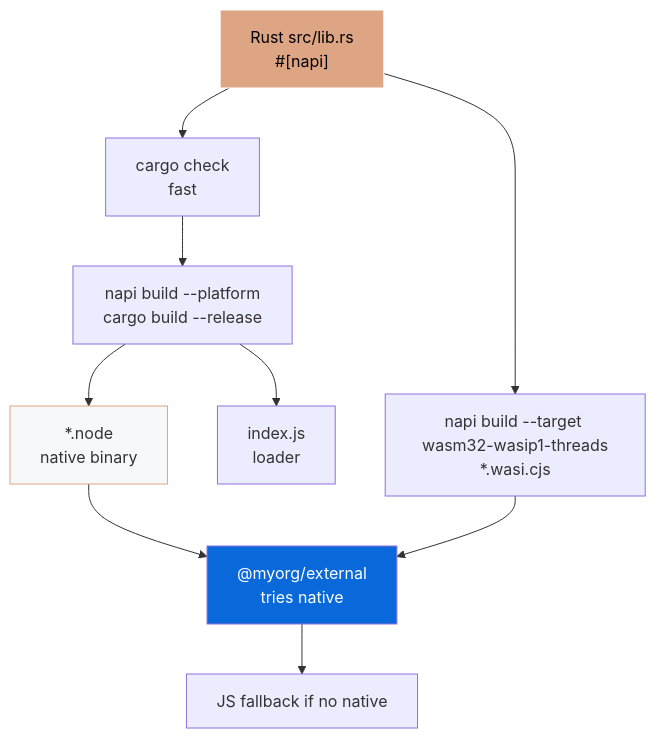
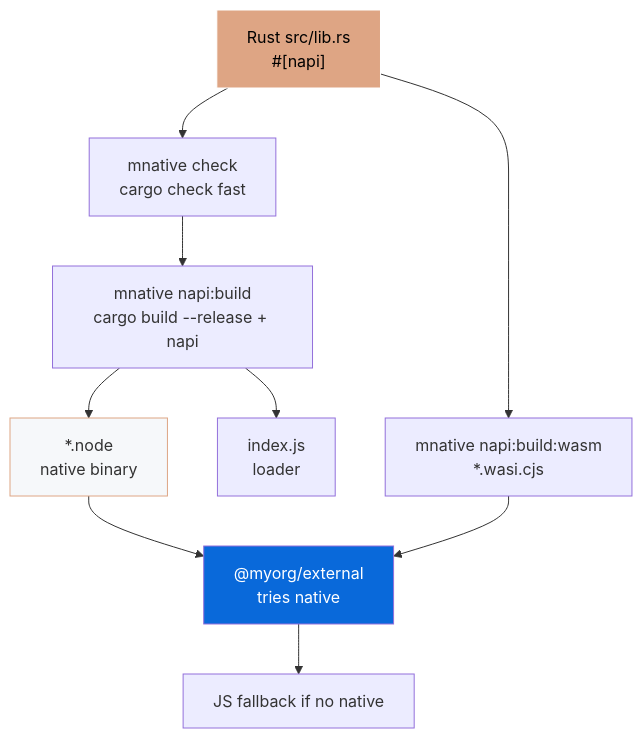
Before and after one commit to Archont561/ts-monorepo-template: the diagram in packages/native/README.md, drawn with Mermaid. The commit also changed other lines of this file and 20 other files, not shown here.

````diff
--- a/packages/native/README.md
+++ b/packages/native/README.md
@@ -138,15 +118,15 @@
 ```mermaid
 graph TD
-    A["Rust src/lib.rs<br/>#[napi]"] --> B["cargo check<br/>fast"]
-    B --> C["napi build --platform<br/>cargo build --release"]
+    A["Rust src/lib.rs<br/>#[napi]"] --> B["mnative check<br/>cargo check fast"]
+    B --> C["mnative napi:build<br/>cargo build --release + napi"]
     C --> D["*.node<br/>native binary"]
     C --> E["index.js<br/>loader"]
-    A --> F["napi build --target wasm32-wasip1-threads<br/>*.wasi.cjs"]
+    A --> F["mnative napi:build:wasm<br/>*.wasi.cjs"]
     D --> G["@myorg/external<br/>tries native"]
     F --> G
     G --> H["JS fallback if no native"]
 
     style A fill:#dea584,stroke:#fff,color:#000
     style D fill:#f6f8fa,stroke:#dea584
     style G fill:#0969DA,color:#fff
 ```
````
